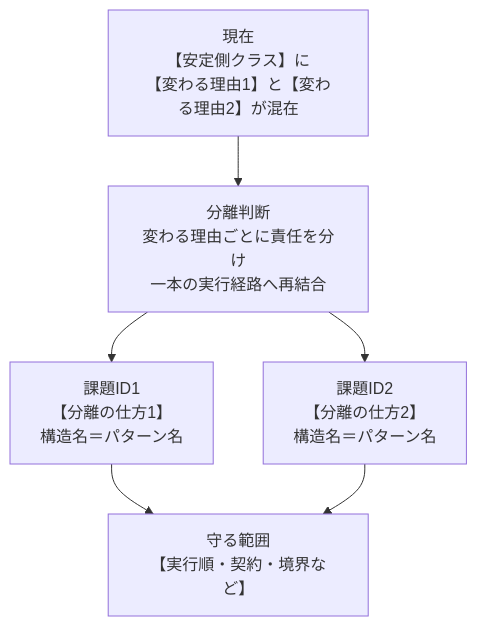
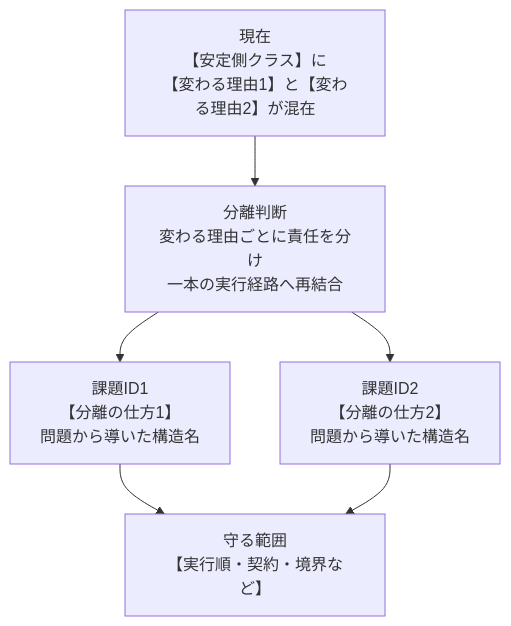
One commit to kumachan1101-pixel/DesignPattern changed the fourth of 4 diagrams in kindle/design-patterns/templates/chapter-template.md. Above: the diagram before and after it, drawn with Mermaid. The commit also changed other lines of this file and 24 other files, not shown here.

Commit message:
docs: 問題から導く構成とクラス図説明を整合

````diff
--- a/kindle/design-patterns/templates/chapter-template.md
+++ b/kindle/design-patterns/templates/chapter-template.md
@@ -843,8 +846,8 @@
 ```mermaid
 flowchart TB
     A[現在<br/>【安定側クラス】に<br/>【変わる理由1】と【変わる理由2】が混在] --> B[分離判断<br/>変わる理由ごとに責任を分け<br/>一本の実行経路へ再結合]
-    B --> C[課題ID1<br/>【分離の仕方1】<br/>構造名＝パターン名]
-    B --> D[課題ID2<br/>【分離の仕方2】<br/>構造名＝パターン名]
+    B --> C[課題ID1<br/>【分離の仕方1】<br/>問題から導いた構造名]
+    B --> D[課題ID2<br/>【分離の仕方2】<br/>問題から導いた構造名]
     C --> E[守る範囲<br/>【実行順・契約・境界など】]
     D --> E
 ```
````
